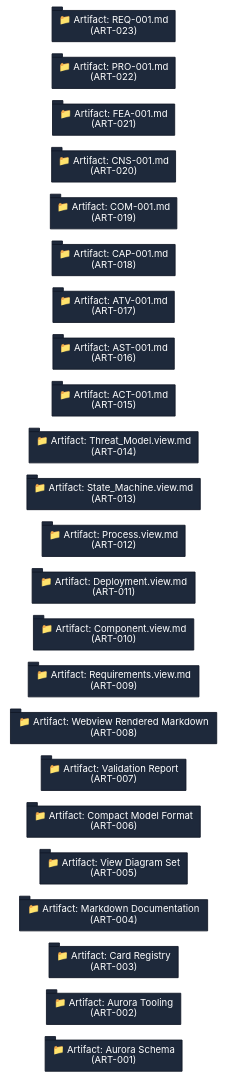
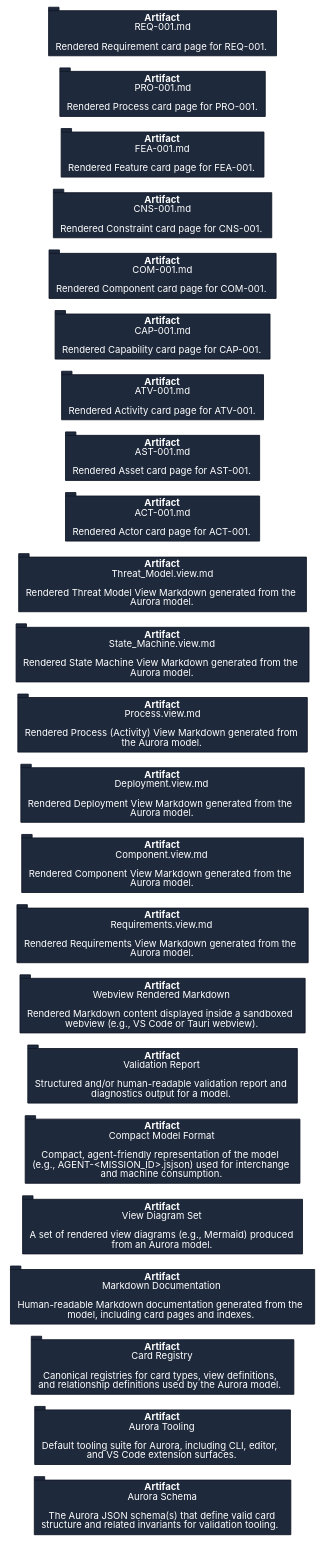
One commit to JEleniel/aurora changed the diagram in docs/design/MIS-001-Provide_Default_Tooling_for_AURORA/Views/source/Object.view.dot. Above: the diagram before and after it, drawn with Graphviz. The commit also changed 107 other files, not shown here.

First line of the commit message:
feat(validation): add checks for secret asset ownership

```diff
--- a/docs/design/MIS-001-Provide_Default_Tooling_for_AURORA/Views/source/Object.view.dot
+++ b/docs/design/MIS-001-Provide_Default_Tooling_for_AURORA/Views/source/Object.view.dot
@@ -1,28 +1,28 @@
 digraph "Object View" {
 	graph [bgcolor="#FFFFFF", fontname="Inter", rankdir="LR", splines="spline"];
 	node [color="#111827", fillcolor="#E5E7EB", fontcolor="#111827", fontname="Inter", fontsize="11", shape="box", style="filled"];
 	edge [color="#000000", fontcolor="#000000", fontname="Inter", fontsize="9"];
-	"ART-001" [fillcolor="#1e293b", fontcolor="#FFFFFF", label="📁 Artifact: Aurora Schema\n(ART-001)", shape="tab"];
-	"ART-002" [fillcolor="#1e293b", fontcolor="#FFFFFF", label="📁 Artifact: Aurora Tooling\n(ART-002)", shape="tab"];
-	"ART-003" [fillcolor="#1e293b", fontcolor="#FFFFFF", label="📁 Artifact: Card Registry\n(ART-003)", shape="tab"];
-	"ART-004" [fillcolor="#1e293b", fontcolor="#FFFFFF", label="📁 Artifact: Markdown Documentation\n(ART-004)", shape="tab"];
-	"ART-005" [fillcolor="#1e293b", fontcolor="#FFFFFF", label="📁 Artifact: View Diagram Set\n(ART-005)", shape="tab"];
-	"ART-006" [fillcolor="#1e293b", fontcolor="#FFFFFF", label="📁 Artifact: Compact Model Format\n(ART-006)", shape="tab"];
-	"ART-007" [fillcolor="#1e293b", fontcolor="#FFFFFF", label="📁 Artifact: Validation Report\n(ART-007)", shape="tab"];
-	"ART-008" [fillcolor="#1e293b", fontcolor="#FFFFFF", label="📁 Artifact: Webview Rendered Markdown\n(ART-008)", shape="tab"];
-	"ART-009" [fillcolor="#1e293b", fontcolor="#FFFFFF", label="📁 Artifact: Requirements.view.md\n(ART-009)", shape="tab"];
-	"ART-010" [fillcolor="#1e293b", fontcolor="#FFFFFF", label="📁 Artifact: Component.view.md\n(ART-010)", shape="tab"];
-	"ART-011" [fillcolor="#1e293b", fontcolor="#FFFFFF", label="📁 Artifact: Deployment.view.md\n(ART-011)", shape="tab"];
-	"ART-012" [fillcolor="#1e293b", fontcolor="#FFFFFF", label="📁 Artifact: Process.view.md\n(ART-012)", shape="tab"];
-	"ART-013" [fillcolor="#1e293b", fontcolor="#FFFFFF", label="📁 Artifact: State_Machine.view.md\n(ART-013)", shape="tab"];
-	"ART-014" [fillcolor="#1e293b", fontcolor="#FFFFFF", label="📁 Artifact: Threat_Model.view.md\n(ART-014)", shape="tab"];
-	"ART-015" [fillcolor="#1e293b", fontcolor="#FFFFFF", label="📁 Artifact: ACT-001.md\n(ART-015)", shape="tab"];
-	"ART-016" [fillcolor="#1e293b", fontcolor="#FFFFFF", label="📁 Artifact: AST-001.md\n(ART-016)", shape="tab"];
-	"ART-017" [fillcolor="#1e293b", fontcolor="#FFFFFF", label="📁 Artifact: ATV-001.md\n(ART-017)", shape="tab"];
-	"ART-018" [fillcolor="#1e293b", fontcolor="#FFFFFF", label="📁 Artifact: CAP-001.md\n(ART-018)", shape="tab"];
-	"ART-019" [fillcolor="#1e293b", fontcolor="#FFFFFF", label="📁 Artifact: COM-001.md\n(ART-019)", shape="tab"];
-	"ART-020" [fillcolor="#1e293b", fontcolor="#FFFFFF", label="📁 Artifact: CNS-001.md\n(ART-020)", shape="tab"];
-	"ART-021" [fillcolor="#1e293b", fontcolor="#FFFFFF", label="📁 Artifact: FEA-001.md\n(ART-021)", shape="tab"];
-	"ART-022" [fillcolor="#1e293b", fontcolor="#FFFFFF", label="📁 Artifact: PRO-001.md\n(ART-022)", shape="tab"];
-	"ART-023" [fillcolor="#1e293b", fontcolor="#FFFFFF", label="📁 Artifact: REQ-001.md\n(ART-023)", shape="tab"];
+	"ART-001" [fillcolor="#1e293b", fontcolor="#FFFFFF", label=<<FONT><B>Artifact</B><br />Aurora Schema<br /><br />The Aurora JSON schema(s) that define valid card<br />structure and related invariants for validation tooling.</FONT>>, shape="tab"];
+	"ART-002" [fillcolor="#1e293b", fontcolor="#FFFFFF", label=<<FONT><B>Artifact</B><br />Aurora Tooling<br /><br />Default tooling suite for Aurora, including CLI, editor,<br />and VS Code extension surfaces.</FONT>>, shape="tab"];
+	"ART-003" [fillcolor="#1e293b", fontcolor="#FFFFFF", label=<<FONT><B>Artifact</B><br />Card Registry<br /><br />Canonical registries for card types, view definitions,<br />and relationship definitions used by the Aurora model.</FONT>>, shape="tab"];
+	"ART-004" [fillcolor="#1e293b", fontcolor="#FFFFFF", label=<<FONT><B>Artifact</B><br />Markdown Documentation<br /><br />Human-readable Markdown documentation generated from the<br />model, including card pages and indexes.</FONT>>, shape="tab"];
+	"ART-005" [fillcolor="#1e293b", fontcolor="#FFFFFF", label=<<FONT><B>Artifact</B><br />View Diagram Set<br /><br />A set of rendered view diagrams (e.g., Mermaid) produced<br />from an Aurora model.</FONT>>, shape="tab"];
+	"ART-006" [fillcolor="#1e293b", fontcolor="#FFFFFF", label=<<FONT><B>Artifact</B><br />Compact Model Format<br /><br />Compact, agent-friendly representation of the model<br />(e.g., AGENT-&lt;MISSION_ID&gt;.jsjson) used for interchange<br />and machine consumption.</FONT>>, shape="tab"];
+	"ART-007" [fillcolor="#1e293b", fontcolor="#FFFFFF", label=<<FONT><B>Artifact</B><br />Validation Report<br /><br />Structured and/or human-readable validation report and<br />diagnostics output for a model.</FONT>>, shape="tab"];
+	"ART-008" [fillcolor="#1e293b", fontcolor="#FFFFFF", label=<<FONT><B>Artifact</B><br />Webview Rendered Markdown<br /><br />Rendered Markdown content displayed inside a sandboxed<br />webview (e.g., VS Code or Tauri webview).</FONT>>, shape="tab"];
+	"ART-009" [fillcolor="#1e293b", fontcolor="#FFFFFF", label=<<FONT><B>Artifact</B><br />Requirements.view.md<br /><br />Rendered Requirements View Markdown generated from the<br />Aurora model.</FONT>>, shape="tab"];
+	"ART-010" [fillcolor="#1e293b", fontcolor="#FFFFFF", label=<<FONT><B>Artifact</B><br />Component.view.md<br /><br />Rendered Component View Markdown generated from the<br />Aurora model.</FONT>>, shape="tab"];
+	"ART-011" [fillcolor="#1e293b", fontcolor="#FFFFFF", label=<<FONT><B>Artifact</B><br />Deployment.view.md<br /><br />Rendered Deployment View Markdown generated from the<br />Aurora model.</FONT>>, shape="tab"];
+	"ART-012" [fillcolor="#1e293b", fontcolor="#FFFFFF", label=<<FONT><B>Artifact</B><br />Process.view.md<br /><br />Rendered Process (Activity) View Markdown generated from<br />the Aurora model.</FONT>>, shape="tab"];
+	"ART-013" [fillcolor="#1e293b", fontcolor="#FFFFFF", label=<<FONT><B>Artifact</B><br />State_Machine.view.md<br /><br />Rendered State Machine View Markdown generated from the<br />Aurora model.</FONT>>, shape="tab"];
+	"ART-014" [fillcolor="#1e293b", fontcolor="#FFFFFF", label=<<FONT><B>Artifact</B><br />Threat_Model.view.md<br /><br />Rendered Threat Model View Markdown generated from the<br />Aurora model.</FONT>>, shape="tab"];
+	"ART-015" [fillcolor="#1e293b", fontcolor="#FFFFFF", label=<<FONT><B>Artifact</B><br />ACT-001.md<br /><br />Rendered Actor card page for ACT-001.</FONT>>, shape="tab"];
+	"ART-016" [fillcolor="#1e293b", fontcolor="#FFFFFF", label=<<FONT><B>Artifact</B><br />AST-001.md<br /><br />Rendered Asset card page for AST-001.</FONT>>, shape="tab"];
+	"ART-017" [fillcolor="#1e293b", fontcolor="#FFFFFF", label=<<FONT><B>Artifact</B><br />ATV-001.md<br /><br />Rendered Activity card page for ATV-001.</FONT>>, shape="tab"];
+	"ART-018" [fillcolor="#1e293b", fontcolor="#FFFFFF", label=<<FONT><B>Artifact</B><br />CAP-001.md<br /><br />Rendered Capability card page for CAP-001.</FONT>>, shape="tab"];
+	"ART-019" [fillcolor="#1e293b", fontcolor="#FFFFFF", label=<<FONT><B>Artifact</B><br />COM-001.md<br /><br />Rendered Component card page for COM-001.</FONT>>, shape="tab"];
+	"ART-020" [fillcolor="#1e293b", fontcolor="#FFFFFF", label=<<FONT><B>Artifact</B><br />CNS-001.md<br /><br />Rendered Constraint card page for CNS-001.</FONT>>, shape="tab"];
+	"ART-021" [fillcolor="#1e293b", fontcolor="#FFFFFF", label=<<FONT><B>Artifact</B><br />FEA-001.md<br /><br />Rendered Feature card page for FEA-001.</FONT>>, shape="tab"];
+	"ART-022" [fillcolor="#1e293b", fontcolor="#FFFFFF", label=<<FONT><B>Artifact</B><br />PRO-001.md<br /><br />Rendered Process card page for PRO-001.</FONT>>, shape="tab"];
+	"ART-023" [fillcolor="#1e293b", fontcolor="#FFFFFF", label=<<FONT><B>Artifact</B><br />REQ-001.md<br /><br />Rendered Requirement card page for REQ-001.</FONT>>, shape="tab"];
 }
```
